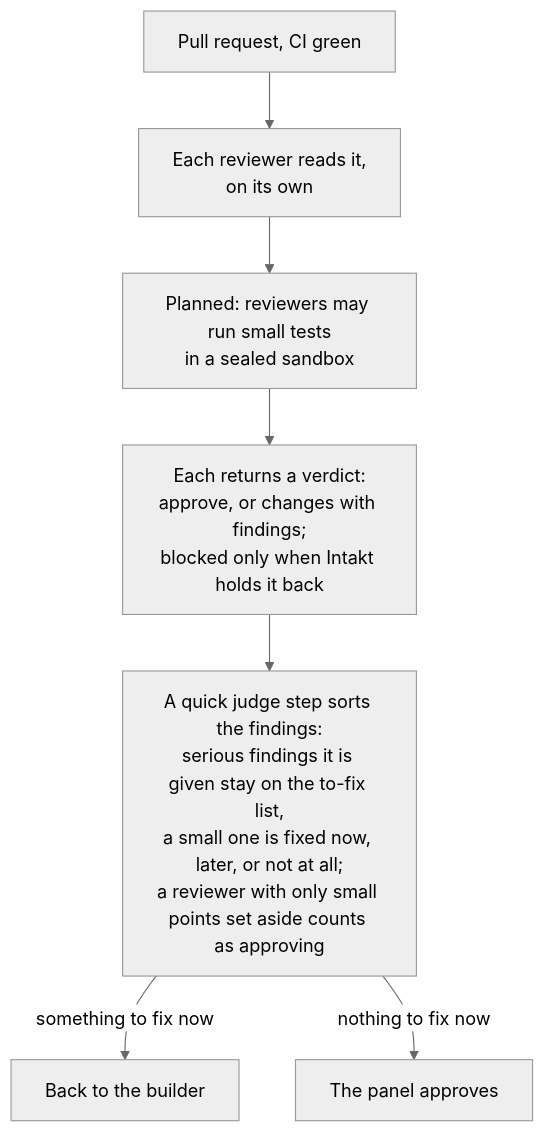
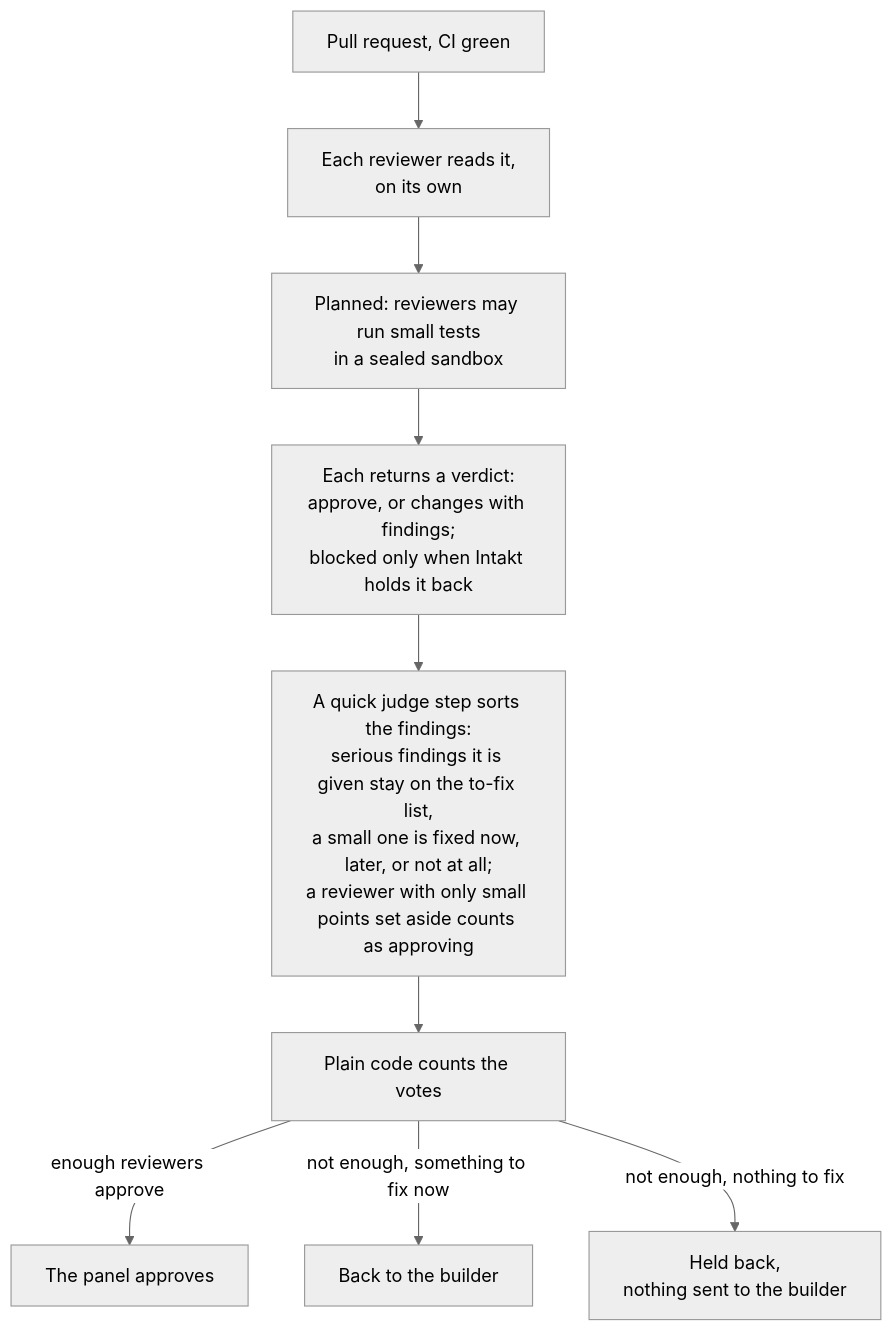
The fourth of 5 diagrams in docs/guide/the-journey-of-a-task.md (shinyredapples/intakt), drawn with Mermaid (neutral theme) before and after one commit. The commit also changed 1 other file, not shown here.

Commit message:
docs(review): limit the changes guarantee to rounds judged with counted votes

````diff
--- a/docs/guide/the-journey-of-a-task.md
+++ b/docs/guide/the-journey-of-a-task.md
@@ -94,9 +94,11 @@
 ```mermaid
 flowchart TD
   pr[Pull request, CI green] --> panel[Each reviewer reads it,<br/>on its own]
   panel --> probes[Planned: reviewers may run small tests<br/>in a sealed sandbox]
   probes --> verdicts[Each returns a verdict:<br/>approve, or changes with findings;<br/>blocked only when Intakt holds it back]
   verdicts --> judge[A quick judge step sorts the findings:<br/>serious findings it is given stay on the to-fix list,<br/>a small one is fixed now, later, or not at all;<br/>a reviewer with only small points set aside counts as approving]
-  judge -- something to fix now --> build[Back to the builder]
-  judge -- nothing to fix now --> pass[The panel approves]
+  judge --> count[Plain code counts the votes]
+  count -- enough reviewers approve --> pass[The panel approves]
+  count -- not enough, something to fix now --> build[Back to the builder]
+  count -- not enough, nothing to fix --> held[Held back,<br/>nothing sent to the builder]
 ```
````
